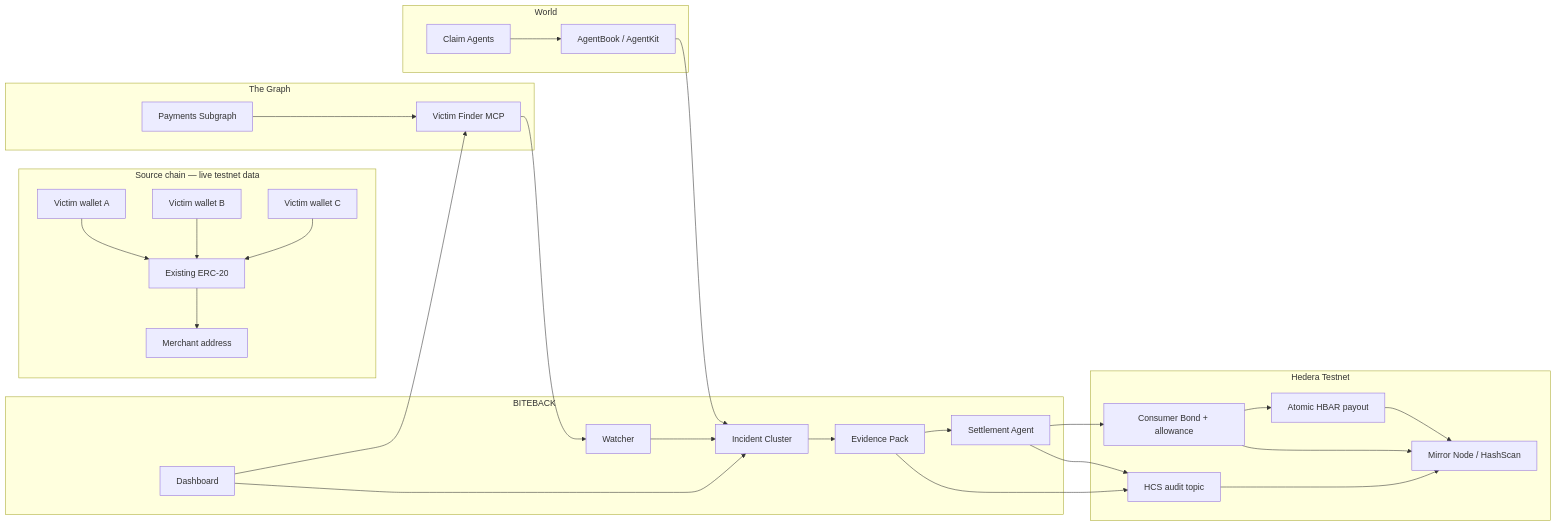
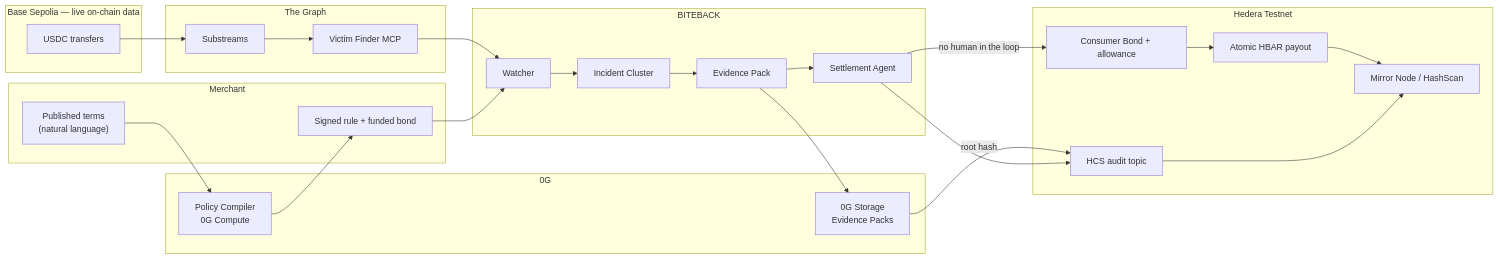
The first of 2 diagrams in BLUEPRINT.md (jstmepedr0/ETH-Global-2026), drawn with Mermaid before and after one commit. The commit also changed other lines of this file and 2 other files, not shown here.

First line of the commit message:
docs: present architecture, proof, and track alignment

````diff
--- a/BLUEPRINT.md
+++ b/BLUEPRINT.md
@@ -302,50 +263,45 @@
 ```mermaid
 flowchart LR
-    subgraph Source["Source chain — live testnet data"]
-        V1["Victim wallet A"]
-        V2["Victim wallet B"]
-        V3["Victim wallet C"]
-        M["Merchant address"]
-        T["Existing ERC-20"]
-        V1 --> T
-        V2 --> T
-        V3 --> T
-        T --> M
+    subgraph Merchant["Merchant"]
+        TERMS["Published terms<br/>(natural language)"]
+        SIG["Signed rule + funded bond"]
+    end
+
+    subgraph ZeroG["0G"]
+        PC["Policy Compiler<br/>0G Compute"]
+        ST["0G Storage<br/>Evidence Packs"]
+    end
+
+    subgraph Source["Base Sepolia — live on-chain data"]
+        T["USDC transfers"]
     end
 
     subgraph Graph["The Graph"]
-        SG["Payments Subgraph"]
+        SG["Substreams"]
         MCP["Victim Finder MCP"]
-        SG --> MCP
     end
 
     subgraph Biteback["BITEBACK"]
         W["Watcher"]
         I["Incident Cluster"]
         E["Evidence Pack"]
         S["Settlement Agent"]
-        UI["Dashboard"]
-        MCP --> W --> I --> E --> S
-        UI --> MCP
-        UI --> I
-    end
-
-    subgraph World["World"]
-        CA["Claim Agents"]
-        AB["AgentBook / AgentKit"]
-        CA --> AB --> I
     end
 
     subgraph Hedera["Hedera Testnet"]
         B["Consumer Bond + allowance"]
         P["Atomic HBAR payout"]
         H["HCS audit topic"]
         MN["Mirror Node / HashScan"]
-        S --> B --> P
-        E --> H
-        S --> H
-        B --> MN
-        P --> MN
-        H --> MN
     end
+
+    TERMS --> PC --> SIG
+    T --> SG --> MCP --> W --> I --> E --> S
+    SIG --> W
+    E --> ST
+    ST -->|"root hash"| H
+    S -->|"no human in the loop"| B --> P
+    S --> H
+    P --> MN
+    H --> MN
 ```
````
